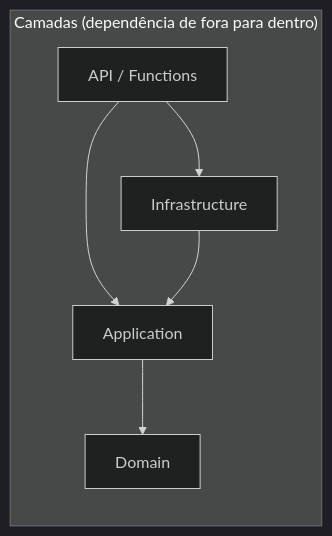
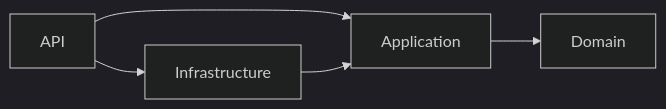
The second of 3 diagrams in docs/ARCHITECTURE.md (GabrielVeridico/hackaton-fiap-users), drawn with Mermaid (dark theme) before and after one commit. The commit also changed other lines of this file and 3 other files, not shown here.

First line of the commit message:
docs: revisa README e ARCHITECTURE; remove lixo versionado

````diff
--- a/docs/ARCHITECTURE.md
+++ b/docs/ARCHITECTURE.md
@@ -150,9 +50,7 @@
 ```mermaid
 graph LR
-    subgraph "Camadas (dependência de fora para dentro)"
-        API[API / Functions] --> APP[Application]
-        APP --> DOM[Domain]
-        INFRA[Infrastructure] --> APP
-        API --> INFRA
-    end
+    API[API] --> APP[Application]
+    API --> INFRA[Infrastructure]
+    INFRA --> APP
+    APP --> DOM[Domain]
 ```
````
